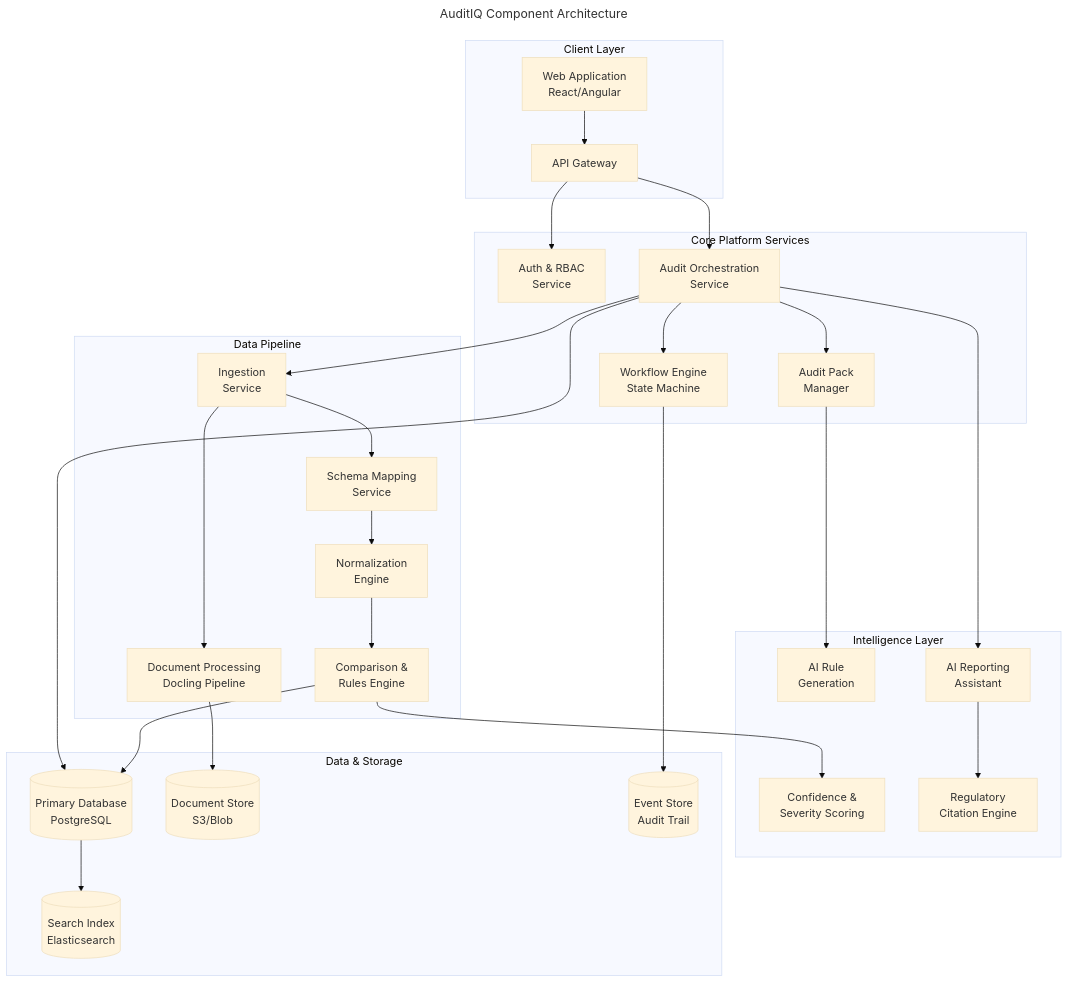
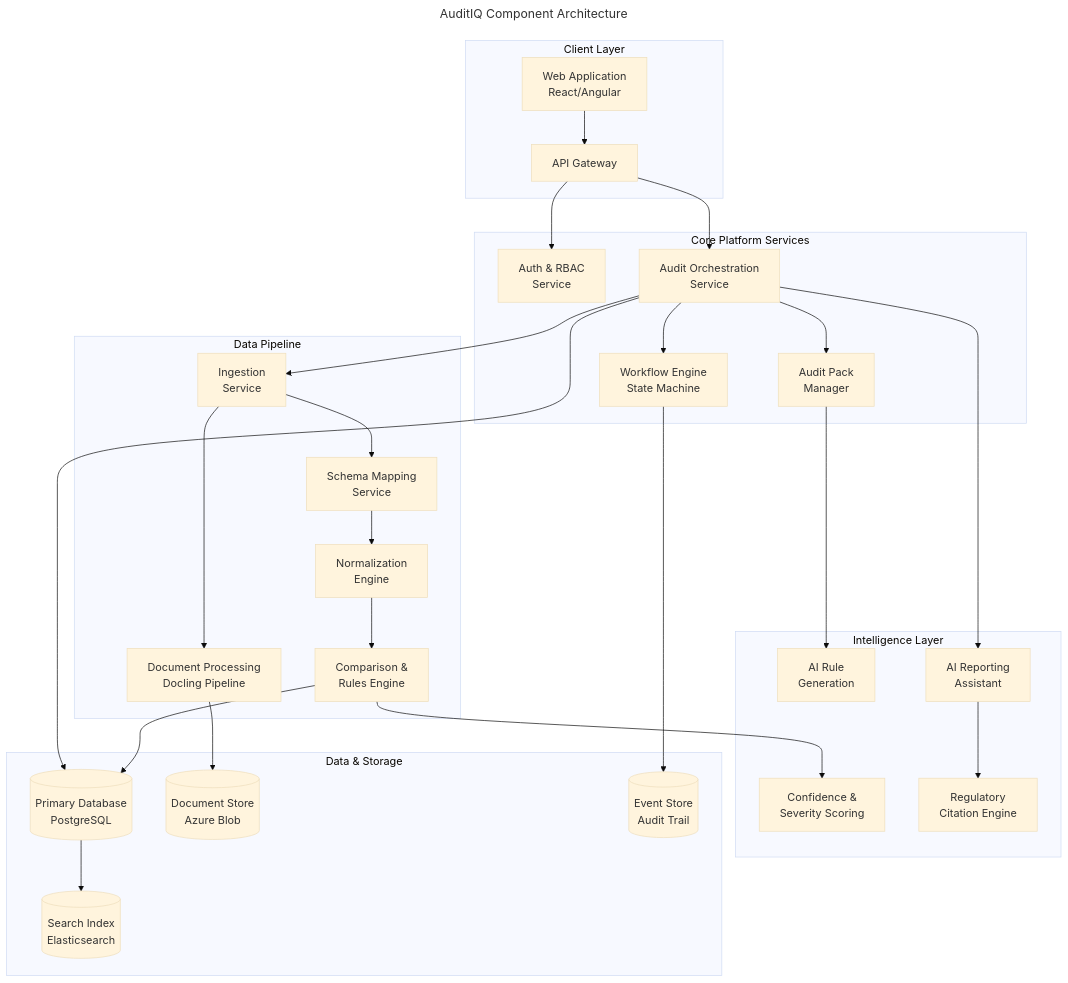
One commit to epieczko-re/audit-iq-docs changed the third of 4 diagrams in src/docs/asciidoc/auditiq-product-architecture-delivery-plan/key-architectural-concepts/index.adoc. Above: the diagram before and after it, drawn with Mermaid (base theme). The commit also changed other lines of this file and 27 other files, not shown here.

First line of the commit message:
Add cross-reference links, fix Mermaid diagrams, replace AWS with Azure

```diff
--- a/src/docs/asciidoc/auditiq-product-architecture-delivery-plan/key-architectural-concepts/index.adoc
+++ b/src/docs/asciidoc/auditiq-product-architecture-delivery-plan/key-architectural-concepts/index.adoc
@@ -118,61 +119,61 @@
 [mermaid]
 ----
 ---
 title: AuditIQ Component Architecture
 ---
 graph TB
     subgraph ClientLayer[Client Layer]
-        UI[Web Application\nReact/Angular]
+        UI["Web Application<br/>React/Angular"]
         API_GW[API Gateway]
     end
 
     subgraph CorePlatform[Core Platform Services]
-        AUTH[Auth & RBAC\nService]
-        AUDIT[Audit Orchestration\nService]
-        PACK[Audit Pack\nManager]
-        WORKFLOW[Workflow Engine\nState Machine]
+        AUTH["Auth & RBAC<br/>Service"]
+        AUDIT["Audit Orchestration<br/>Service"]
+        PACK["Audit Pack<br/>Manager"]
+        WORKFLOW["Workflow Engine<br/>State Machine"]
     end
 
     subgraph DataPipeline[Data Pipeline]
-        INGEST[Ingestion\nService]
-        DOCPROC[Document Processing\nDocling Pipeline]
-        MAPPER[Schema Mapping\nService]
-        NORM[Normalization\nEngine]
-        COMPARE[Comparison &\nRules Engine]
+        INGEST["Ingestion<br/>Service"]
+        DOCPROC["Document Processing<br/>Docling Pipeline"]
+        MAPPER["Schema Mapping<br/>Service"]
+        NORM["Normalization<br/>Engine"]
+        COMPARE["Comparison &<br/>Rules Engine"]
     end
 
     subgraph IntelligenceLayer[Intelligence Layer]
-        AI_RULES[AI Rule\nGeneration]
-        AI_REPORT[AI Reporting\nAssistant]
-        SCORING[Confidence &\nSeverity Scoring]
-        CITATIONS[Regulatory\nCitation Engine]
+        AI_RULES["AI Rule<br/>Generation"]
+        AI_REPORT["AI Reporting<br/>Assistant"]
+        SCORING["Confidence &<br/>Severity Scoring"]
+        CITATIONS["Regulatory<br/>Citation Engine"]
     end
 
     subgraph DataLayer[Data & Storage]
-        DB[(Primary Database\nPostgreSQL)]
-        DOCS[(Document Store\nS3/Blob)]
-        SEARCH[(Search Index\nElasticsearch)]
-        EVENTS[(Event Store\nAudit Trail)]
+        DB[("Primary Database<br/>PostgreSQL")]
+        DOCS[("Document Store<br/>Azure Blob")]
+        SEARCH[("Search Index<br/>Elasticsearch")]
+        EVENTS[("Event Store<br/>Audit Trail")]
     end
 
     UI --> API_GW
     API_GW --> AUTH
     API_GW --> AUDIT
     AUDIT --> PACK
     AUDIT --> WORKFLOW
     AUDIT --> INGEST
     INGEST --> DOCPROC
     INGEST --> MAPPER
     MAPPER --> NORM
     NORM --> COMPARE
     COMPARE --> SCORING
     PACK --> AI_RULES
     AUDIT --> AI_REPORT
     AI_REPORT --> CITATIONS
 
     AUDIT --> DB
     DOCPROC --> DOCS
     COMPARE --> DB
     WORKFLOW --> EVENTS
     DB --> SEARCH
 ----
```
